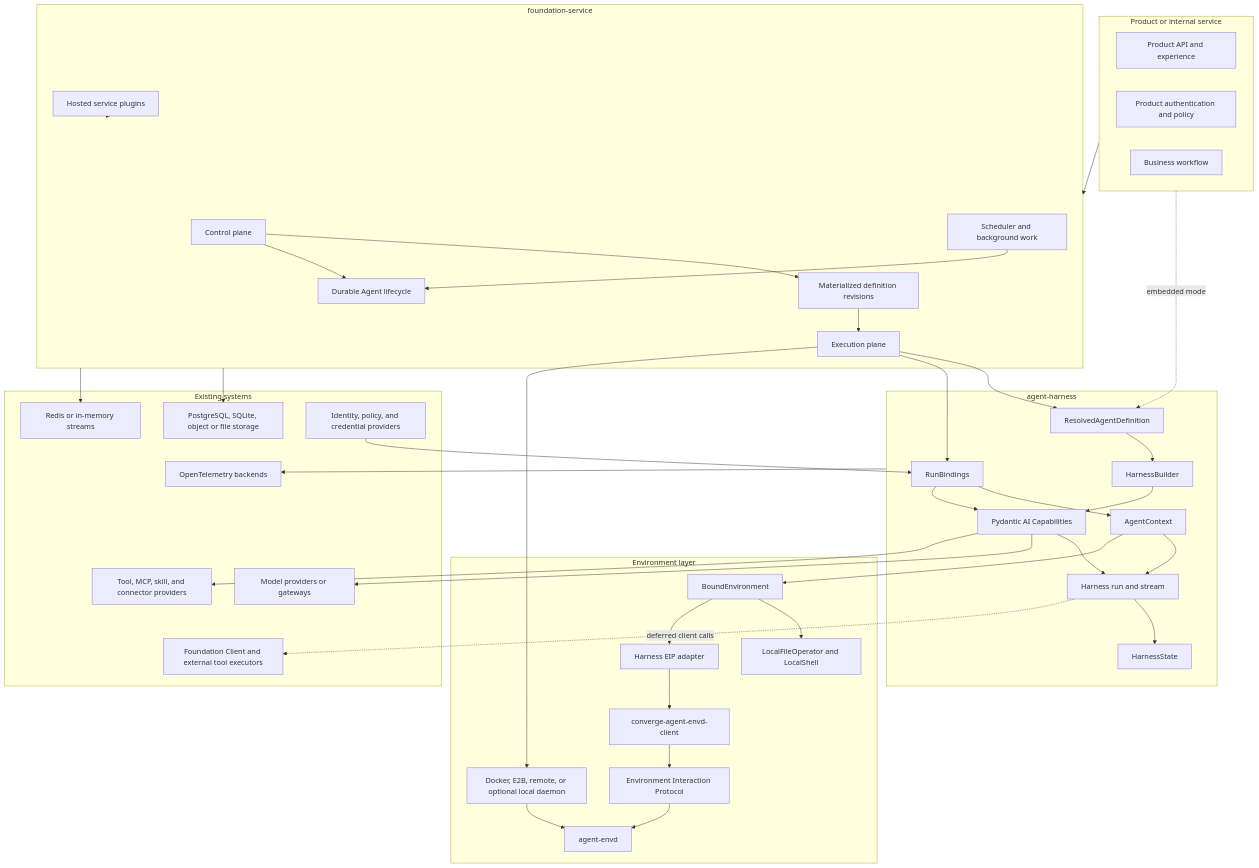
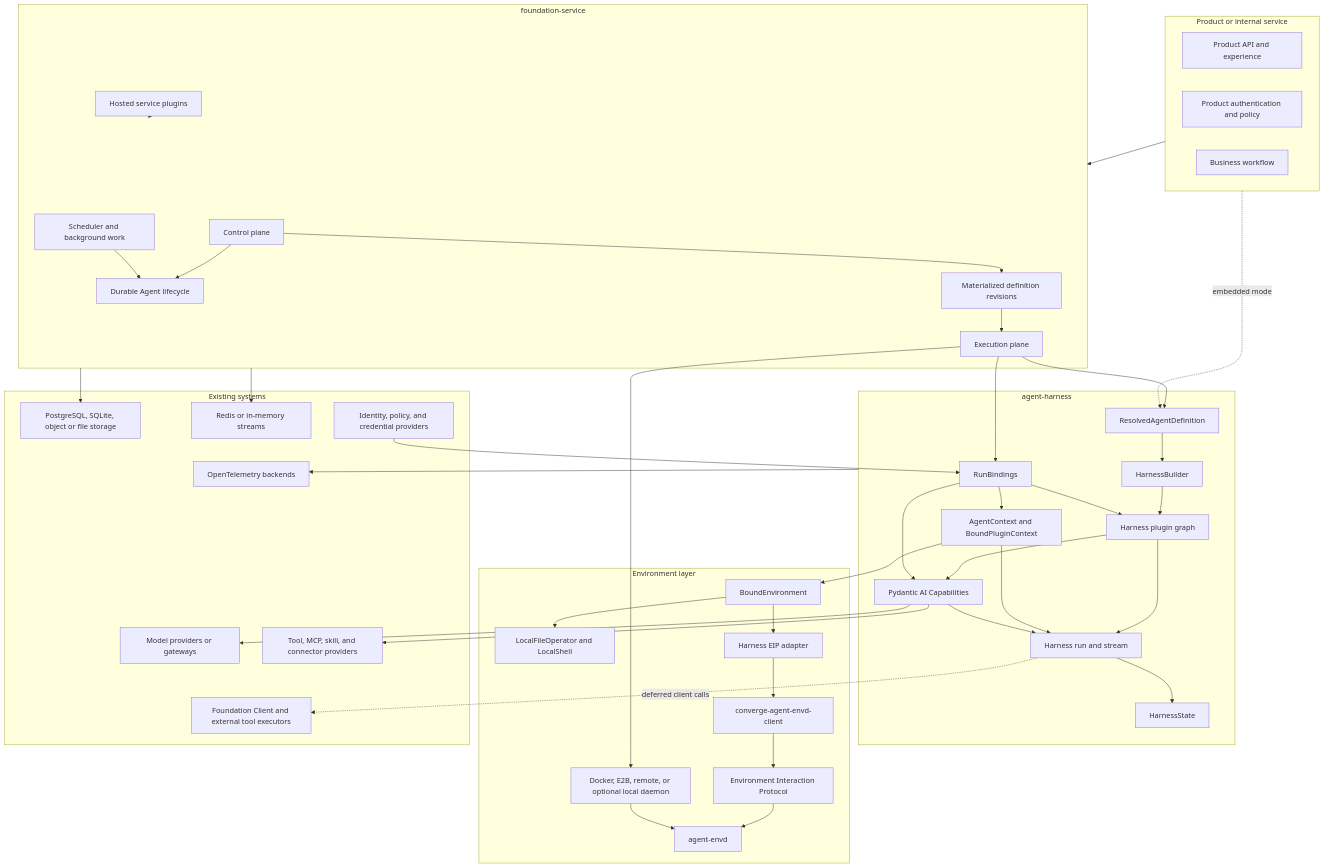
One commit to LTThreeComma/agent-foundation changed the first of 4 diagrams in spec/README.md. Above: the diagram before and after it, drawn with Mermaid. The commit also changed other lines of this file and 21 other files, not shown here.

First line of the commit message:
feat(harness): define first-class plugin lifecycle

````diff
--- a/spec/README.md
+++ b/spec/README.md
@@ -17,67 +17,68 @@
 ```mermaid
 flowchart TB
     subgraph Product[Product or internal service]
         API[Product API and experience]
         Policy[Product authentication and policy]
         Workflow[Business workflow]
     end
 
     subgraph Service[foundation-service]
         Control[Control plane]
         Definitions[Materialized definition revisions]
         Execution[Execution plane]
         Lifecycle[Durable Agent lifecycle]
         Scheduler[Scheduler and background work]
         ServicePlugins[Hosted service plugins]
     end
 
     subgraph Harness[agent-harness]
         Plan[ResolvedAgentDefinition]
         Builder[HarnessBuilder]
+        Plugins[Harness plugin graph]
         Bindings[RunBindings]
-        Context[AgentContext]
+        Context[AgentContext and BoundPluginContext]
         Capabilities[Pydantic AI Capabilities]
         Run[Harness run and stream]
         State[HarnessState]
     end
 
     subgraph Environment[Environment layer]
         Bound[BoundEnvironment]
         Local[LocalFileOperator and LocalShell]
         EIPAdapter[Harness EIP adapter]
         EIPClient[converge-agent-envd-client]
         EIP[Environment Interaction Protocol]
         Envd[agent-envd]
         ProviderProfiles[Docker, E2B, remote, or optional local daemon]
     end
 
     subgraph External[Existing systems]
         Models[Model providers or gateways]
         Tools[Tool, MCP, skill, and connector providers]
         Stores[PostgreSQL, SQLite, object or file storage]
         Streams[Redis or in-memory streams]
         Identity[Identity, policy, and credential providers]
         Clients[Foundation Client and external tool executors]
         OTel[OpenTelemetry backends]
     end
 
     Product --> Service
     Product -. embedded mode .-> Plan
     Control --> Definitions --> Execution
     Control --> Lifecycle
     Scheduler --> Lifecycle
     ServicePlugins --> Service
-    Execution --> Plan --> Builder --> Capabilities
+    Execution --> Plan --> Builder --> Plugins --> Capabilities
     Execution --> Bindings
     Identity --> Bindings
-    Bindings --> Context & Capabilities
-    Context & Capabilities --> Run --> State
+    Bindings --> Plugins & Context & Capabilities
+    Plugins & Context & Capabilities --> Run --> State
     Capabilities --> Models & Tools
     Run -. deferred client calls .-> Clients
     Context --> Bound
     Bound --> Local
     Bound --> EIPAdapter --> EIPClient --> EIP --> Envd
     Execution --> ProviderProfiles --> Envd
     Service --> Stores & Streams
     Harness --> OTel
 ```
````
